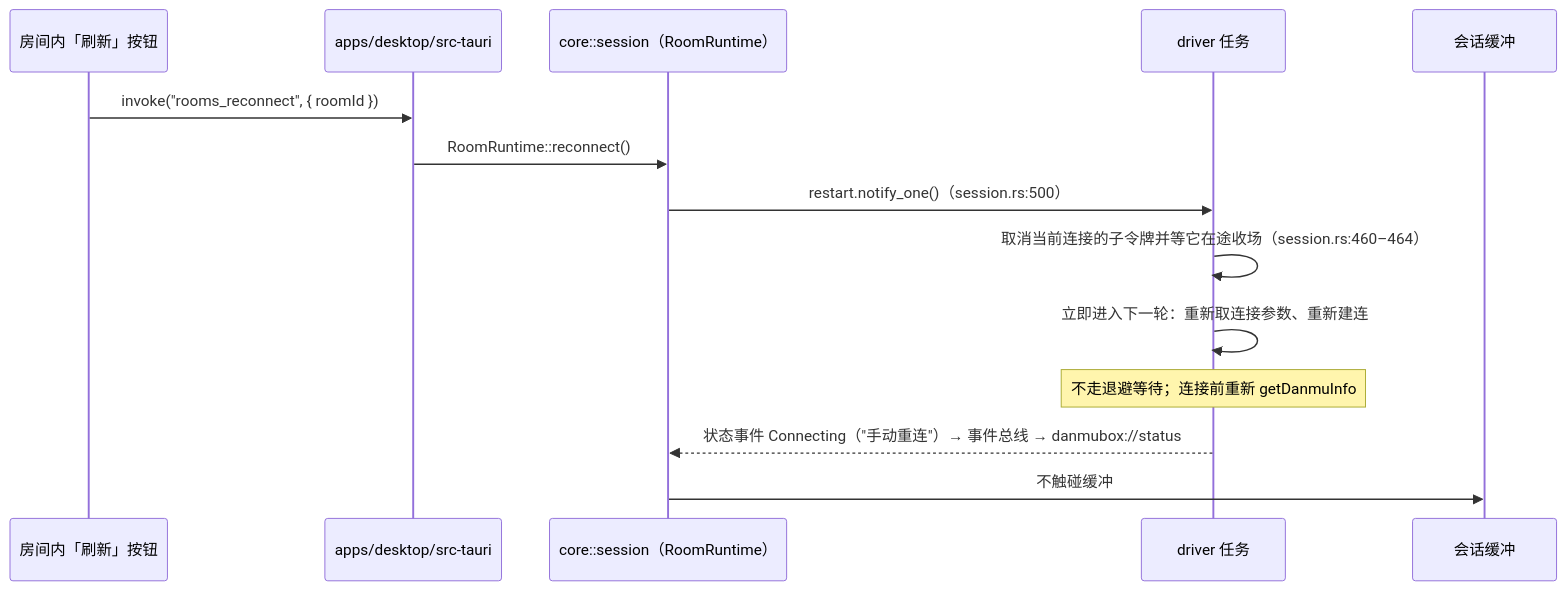
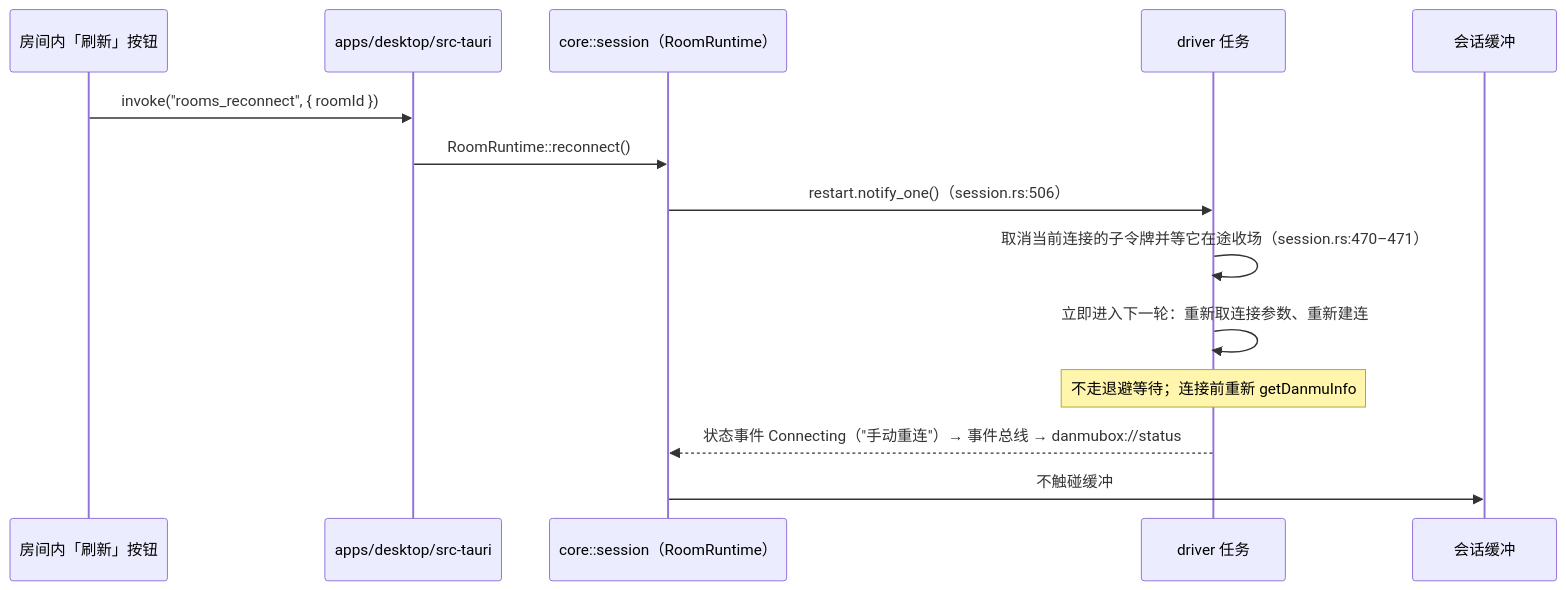
The fourth of 6 diagrams in docs/architecture.md (HakaseZ/danmubox), drawn with Mermaid before and after one commit. The commit also changed other lines of this file and 25 other files, not shown here.

````diff
--- a/docs/architecture.md
+++ b/docs/architecture.md
@@ -240,16 +243,16 @@
 ```mermaid
 sequenceDiagram
   participant U as 房间内「刷新」按钮
   participant C as apps/desktop/src-tauri
   participant S as core::session（RoomRuntime）
   participant D as driver 任务
   participant B as 会话缓冲
   U->>C: invoke("rooms_reconnect", { roomId })
   C->>S: RoomRuntime::reconnect()
-  S->>D: restart.notify_one()（session.rs:500）
-  D->>D: 取消当前连接的子令牌并等它在途收场（session.rs:460–464）
+  S->>D: restart.notify_one()（session.rs:506）
+  D->>D: 取消当前连接的子令牌并等它在途收场（session.rs:470–471）
   D->>D: 立即进入下一轮：重新取连接参数、重新建连
   Note over D: 不走退避等待；连接前重新 getDanmuInfo
   D-->>S: 状态事件 Connecting（"手动重连"）→ 事件总线 → danmubox://status
   S->>B: 不触碰缓冲
 ```
````
